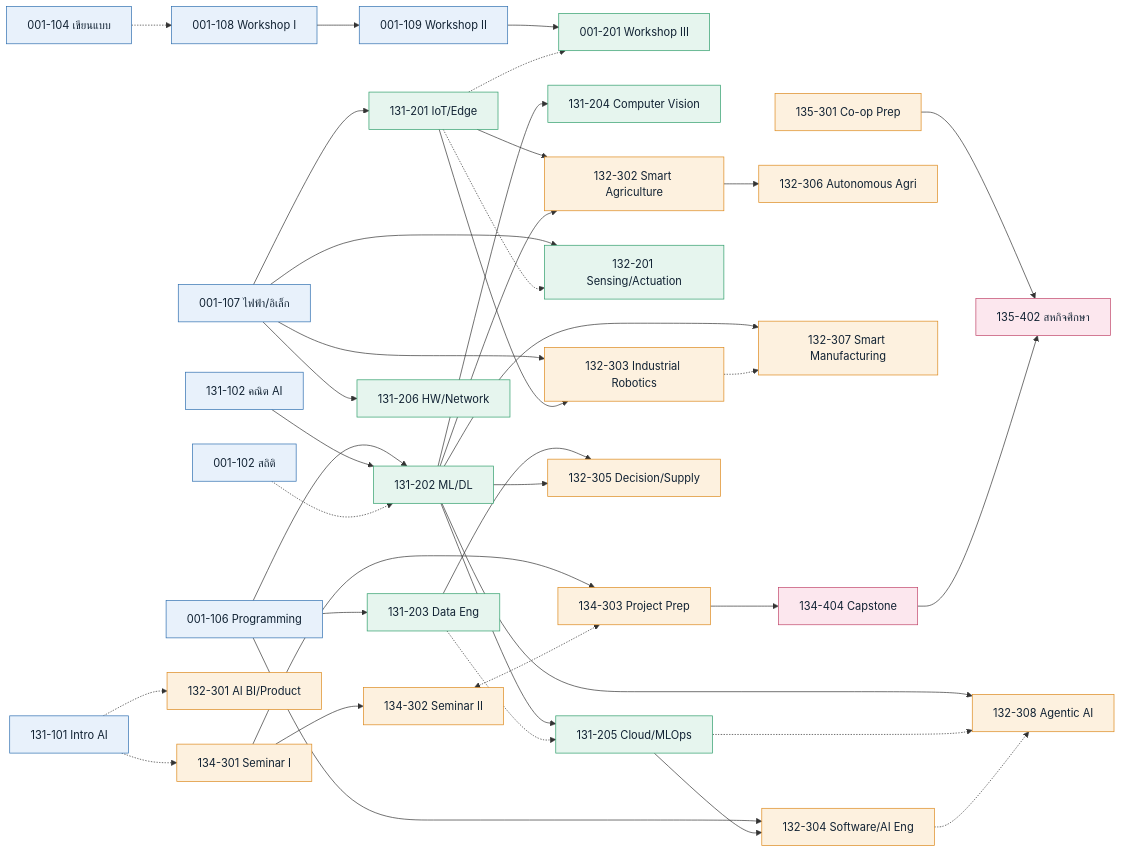
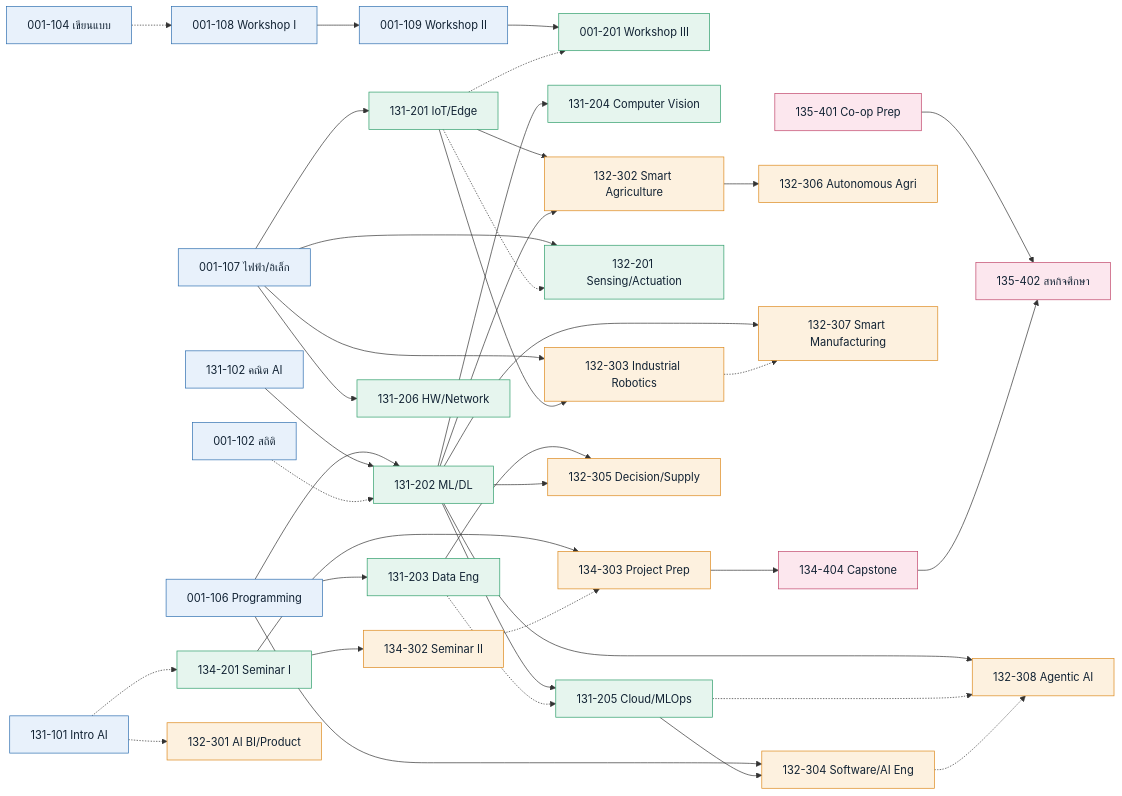
Before and after one commit to babankbro/KSU-AI-EN: the diagram in Labor_Growth_Report_Vault/03_OBE_PLO_Design_2570/08_Study_Plan_and_Dependencies.md, drawn with Mermaid. The commit also changed other lines of this file and 24 other files, not shown here.

````diff
--- a/Labor_Growth_Report_Vault/03_OBE_PLO_Design_2570/08_Study_Plan_and_Dependencies.md
+++ b/Labor_Growth_Report_Vault/03_OBE_PLO_Design_2570/08_Study_Plan_and_Dependencies.md
@@ -34,81 +35,82 @@
 ```mermaid
 flowchart LR
   classDef y1 fill:#e8f1fb,stroke:#2f6fb0,color:#123
   classDef y2 fill:#e6f5ee,stroke:#2f9e6b,color:#123
   classDef y3 fill:#fdf1df,stroke:#dd8a1e,color:#123
   classDef y4 fill:#fce7ee,stroke:#c1466b,color:#123
 
   PROG["001-106 Programming"]:::y1
   ELEC["001-107 ไฟฟ้า/อิเล็ก"]:::y1
   STAT["001-102 สถิติ"]:::y1
   DRAW["001-104 เขียนแบบ"]:::y1
   W1["001-108 Workshop I"]:::y1
   W2["001-109 Workshop II"]:::y1
   INTRO["131-101 Intro AI"]:::y1
   MATH["131-102 คณิต AI"]:::y1
 
   ML["131-202 ML/DL"]:::y2
   DATA["131-203 Data Eng"]:::y2
   IOT["131-201 IoT/Edge"]:::y2
   W3["001-201 Workshop III"]:::y2
   CV["131-204 Computer Vision"]:::y2
   CLOUD["131-205 Cloud/MLOps"]:::y2
   HW["131-206 HW/Network"]:::y2
   SENSE["132-201 Sensing/Actuation"]:::y2
+  SEM1["134-201 Seminar I"]:::y2
 
   BIZ["132-301 AI BI/Product"]:::y3
   FARM["132-302 Smart Agriculture"]:::y3
   ROBO["132-303 Industrial Robotics"]:::y3
   SW["132-304 Software/AI Eng"]:::y3
   SUP["132-305 Decision/Supply"]:::y3
   AGRO["132-306 Autonomous Agri"]:::y3
   MFG["132-307 Smart Manufacturing"]:::y3
   AGENT["132-308 Agentic AI"]:::y3
-  SEM1["134-301 Seminar I"]:::y3
+
   SEM2["134-302 Seminar II"]:::y3
   PREP["134-303 Project Prep"]:::y3
-  COPREP["135-301 Co-op Prep"]:::y3
 
   CAP["134-404 Capstone"]:::y4
+  COPREP["135-401 Co-op Prep"]:::y4
   COOP["135-402 สหกิจศึกษา"]:::y4
 
   PROG --> ML
   MATH --> ML
   STAT -.-> ML
   PROG --> DATA
   ELEC --> IOT
   DRAW -.-> W1
   W1 --> W2 --> W3
   IOT -.-> W3
 
   ML --> CV
   ML --> CLOUD
   DATA -.-> CLOUD
   ELEC --> HW
   ELEC --> SENSE
   IOT -.-> SENSE
 
   INTRO -.-> BIZ
   IOT --> FARM
   ML --> FARM
   ELEC --> ROBO
   IOT --> ROBO
   PROG --> SW
   CLOUD --> SW
   DATA --> SUP
   ML --> SUP
   FARM --> AGRO
   ML --> MFG
   ROBO -.-> MFG
   ML --> AGENT
   CLOUD -.-> AGENT
   SW -.-> AGENT
 
   INTRO -.-> SEM1
   SEM1 --> SEM2
   SEM1 --> PREP
-  SEM2 <-.-> PREP
+  SEM2 -.-> PREP
   PREP --> CAP
   COPREP --> COOP
   CAP --> COOP
 ```
````
